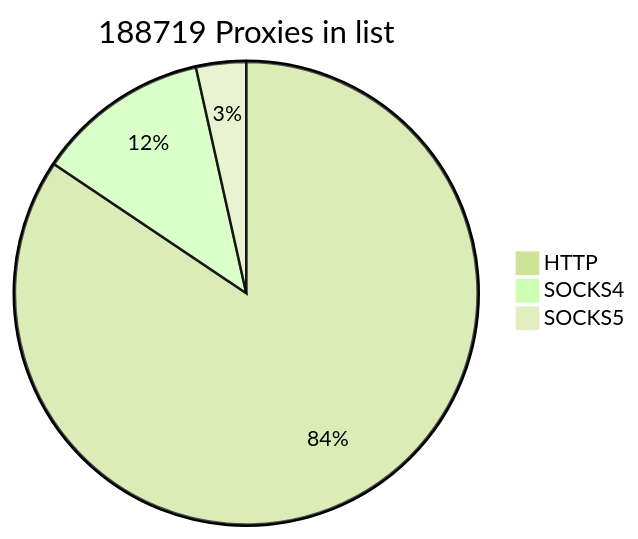
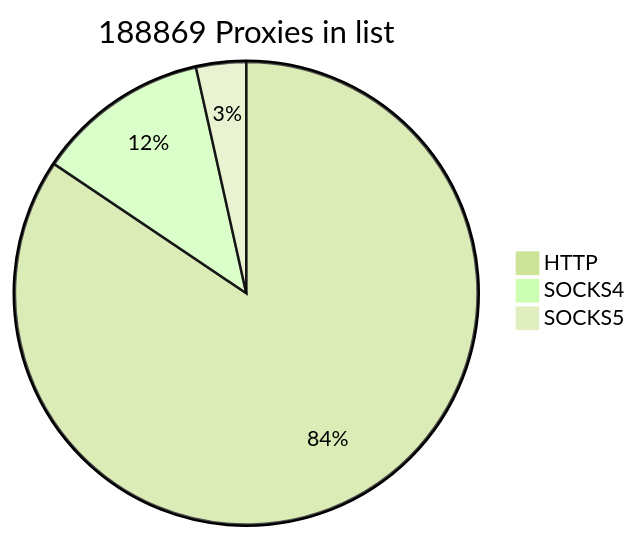
The first of 2 diagrams in README.md (cutipu/proxylist), drawn with Mermaid (forest theme) before and after one commit. The commit also changed other lines of this file, not shown here.

````diff
--- a/README.md
+++ b/README.md
@@ -2,7 +2,7 @@
 ```mermaid
-pie title 188719 Proxies in list
-    "HTTP" : 159303
+pie title 188869 Proxies in list
+    "HTTP" : 159455
     "SOCKS4" : 22821
-    "SOCKS5" : 6595
+    "SOCKS5" : 6593
             
 ```
````
